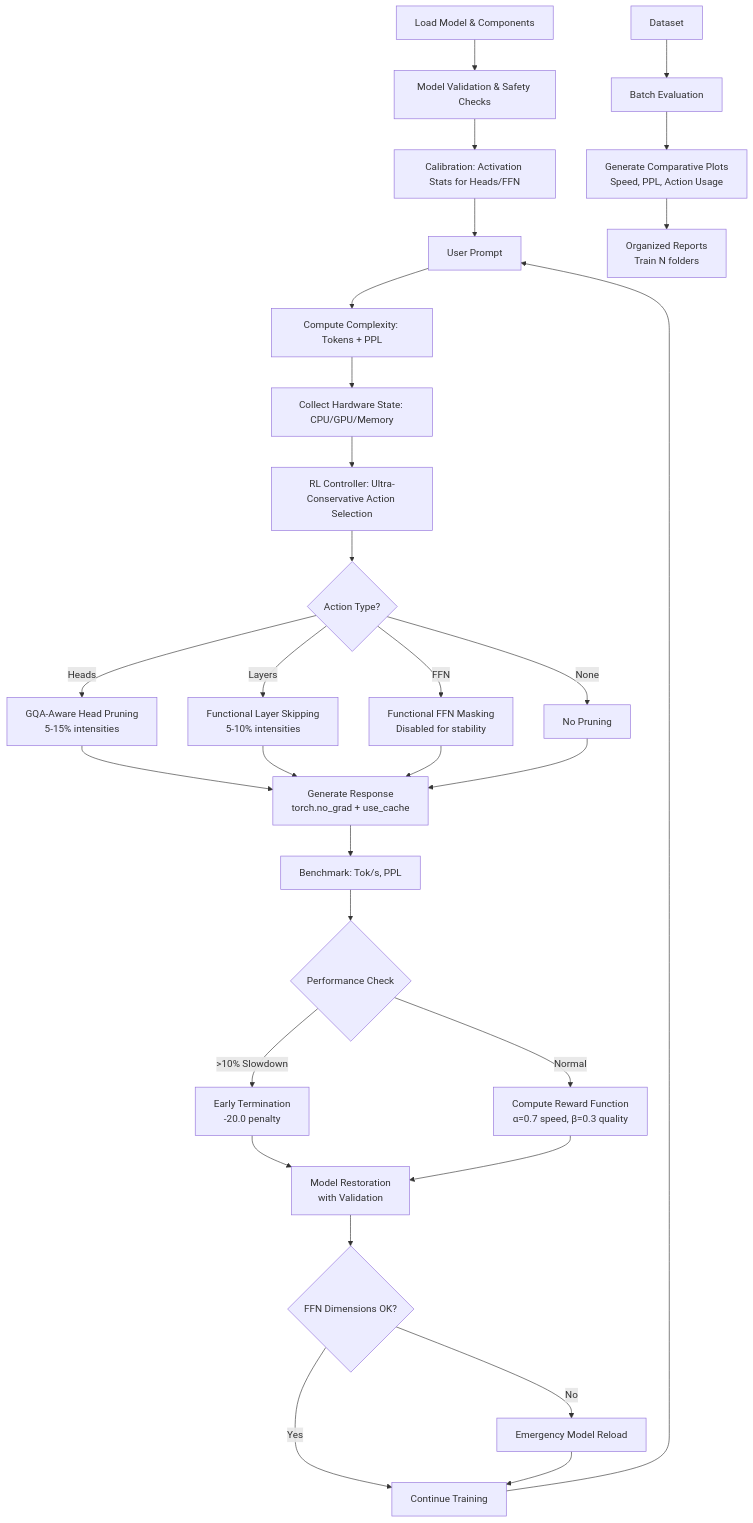
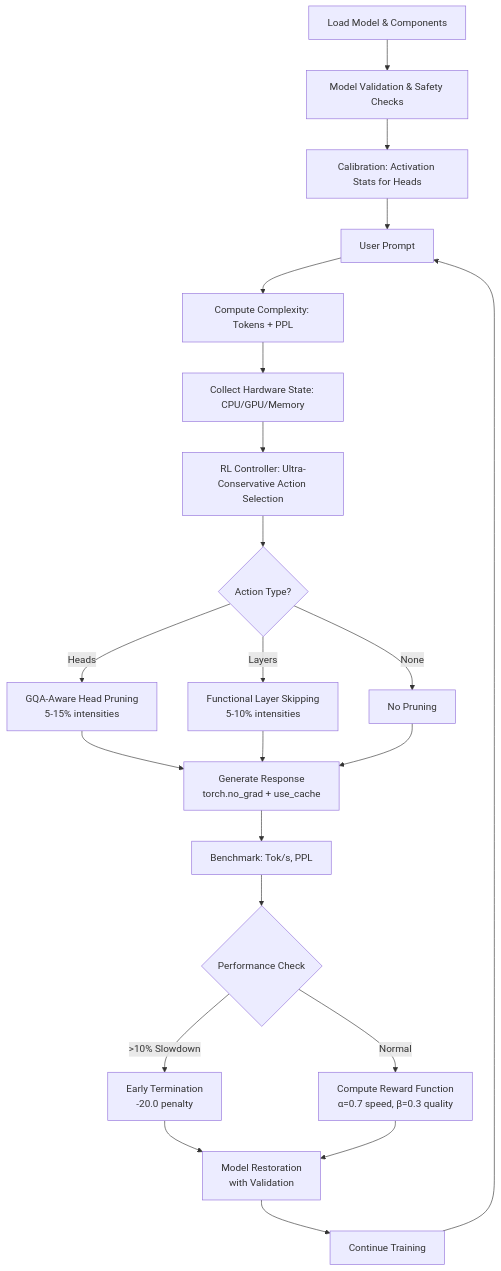
Before and after one commit to asief-iqbal/Thesis: the first of 3 diagrams in README.md, drawn with Mermaid. The commit also changed other lines of this file, not shown here.

Commit message:
Refine flowchart and enhance architecture features
Updated flowchart for model architecture and pruning methods.

````diff
--- a/README.md
+++ b/README.md
@@ -220,33 +220,24 @@
 ```mermaid
 flowchart TD
     A[Load Model & Components] --> B[Model Validation & Safety Checks]
-    B --> C[Calibration: Activation Stats for Heads/FFN]
+    B --> C[Calibration: Activation Stats for Heads]
     C --> D[User Prompt]
     D --> E[Compute Complexity: Tokens + PPL]
     E --> F[Collect Hardware State: CPU/GPU/Memory]
     F --> G[RL Controller: Ultra-Conservative Action Selection]
     G --> H{Action Type?}
     H -->|Heads| I[GQA-Aware Head Pruning<br/>5-15% intensities]
     H -->|Layers| J[Functional Layer Skipping<br/>5-10% intensities]
-    H -->|FFN| K[Functional FFN Masking<br/>Disabled for stability]
-    H -->|None| L[No Pruning]
-    I --> M[Generate Response<br/>torch.no_grad + use_cache]
-    J --> M
-    K --> M
-    L --> M
-    M --> N[Benchmark: Tok/s, PPL]
-    N --> O{Performance Check}
-    O -->|>10% Slowdown| P[Early Termination<br/>-20.0 penalty]
-    O -->|Normal| Q[Compute Reward Function<br/>α=0.7 speed, β=0.3 quality]
-    P --> R[Model Restoration<br/>with Validation]
-    Q --> R
-    R --> S{FFN Dimensions OK?}
-    S -->|No| T[Emergency Model Reload]
-    S -->|Yes| U[Continue Training]
-    T --> U
-    U --> D
-
-    V[Dataset] --> W[Batch Evaluation]
-    W --> X[Generate Comparative Plots<br/>Speed, PPL, Action Usage]
-    X --> Y[Organized Reports<br/>Train N folders]
+    H -->|None| K[No Pruning]
+    I --> L[Generate Response<br/>torch.no_grad + use_cache]
+    J --> L
+    K --> L
+    L --> M[Benchmark: Tok/s, PPL]
+    M --> N{Performance Check}
+    N -->|>10% Slowdown| O[Early Termination<br/>-20.0 penalty]
+    N -->|Normal| P[Compute Reward Function<br/>α=0.7 speed, β=0.3 quality]
+    O --> Q[Model Restoration<br/>with Validation]
+    P --> Q
+    Q --> R[Continue Training]
+    R --> D
 ```
````
